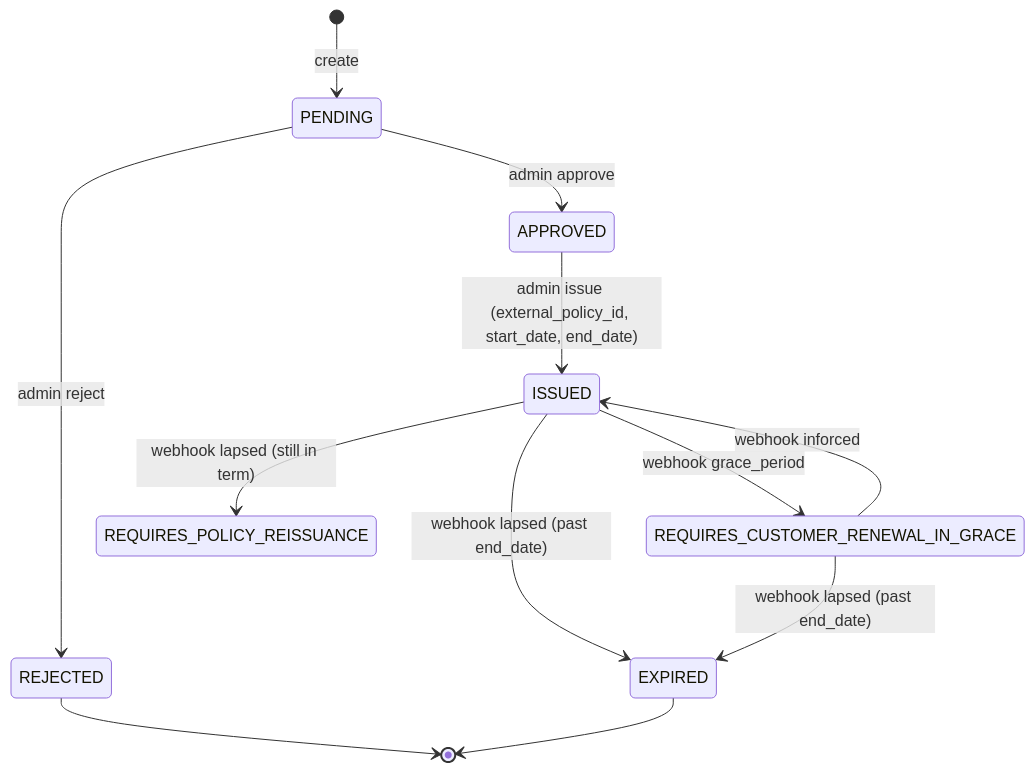
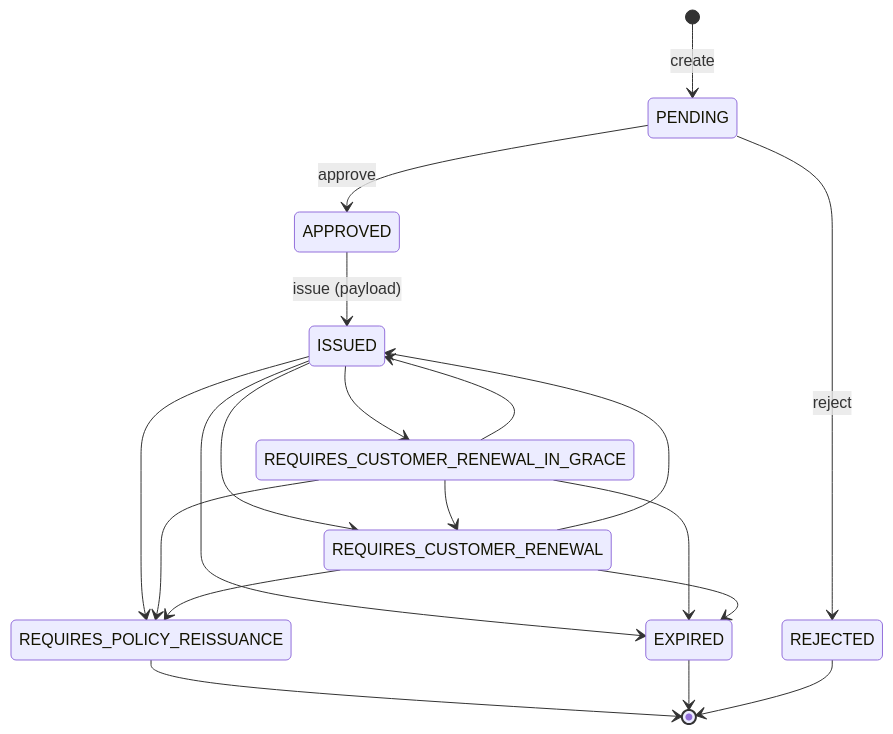
Before and after one commit to anu19981/aarokya-backend: the second of 3 diagrams in api-reference/modules/insurance_policy.mdx, drawn with Mermaid. The commit also changed other lines of this file and 1 other file, not shown here.

Commit message:
sync: update api-reference from aarokya-agentic-app

````diff
--- a/api-reference/modules/insurance_policy.mdx
+++ b/api-reference/modules/insurance_policy.mdx
@@ -119,14 +132,21 @@
 ```mermaid
 stateDiagram-v2
     [*] --> PENDING: create
-    PENDING --> APPROVED: admin approve
-    PENDING --> REJECTED: admin reject
-    APPROVED --> ISSUED: admin issue (external_policy_id, start_date, end_date)
-    ISSUED --> REQUIRES_CUSTOMER_RENEWAL_IN_GRACE: webhook grace_period
-    ISSUED --> EXPIRED: webhook lapsed (past end_date)
-    ISSUED --> REQUIRES_POLICY_REISSUANCE: webhook lapsed (still in term)
-    REQUIRES_CUSTOMER_RENEWAL_IN_GRACE --> ISSUED: webhook inforced
-    REQUIRES_CUSTOMER_RENEWAL_IN_GRACE --> EXPIRED: webhook lapsed (past end_date)
+    PENDING --> APPROVED: approve
+    PENDING --> REJECTED: reject
+    APPROVED --> ISSUED: issue (payload)
+    ISSUED --> REQUIRES_CUSTOMER_RENEWAL_IN_GRACE
+    ISSUED --> REQUIRES_CUSTOMER_RENEWAL
+    ISSUED --> REQUIRES_POLICY_REISSUANCE
+    ISSUED --> EXPIRED
+    REQUIRES_CUSTOMER_RENEWAL_IN_GRACE --> ISSUED
+    REQUIRES_CUSTOMER_RENEWAL_IN_GRACE --> REQUIRES_CUSTOMER_RENEWAL
+    REQUIRES_CUSTOMER_RENEWAL_IN_GRACE --> REQUIRES_POLICY_REISSUANCE
+    REQUIRES_CUSTOMER_RENEWAL_IN_GRACE --> EXPIRED
+    REQUIRES_CUSTOMER_RENEWAL --> ISSUED
+    REQUIRES_CUSTOMER_RENEWAL --> REQUIRES_POLICY_REISSUANCE
+    REQUIRES_CUSTOMER_RENEWAL --> EXPIRED
+    REQUIRES_POLICY_REISSUANCE --> [*]
+    EXPIRED --> [*]
     REJECTED --> [*]
-    EXPIRED --> [*]
 ```
````
